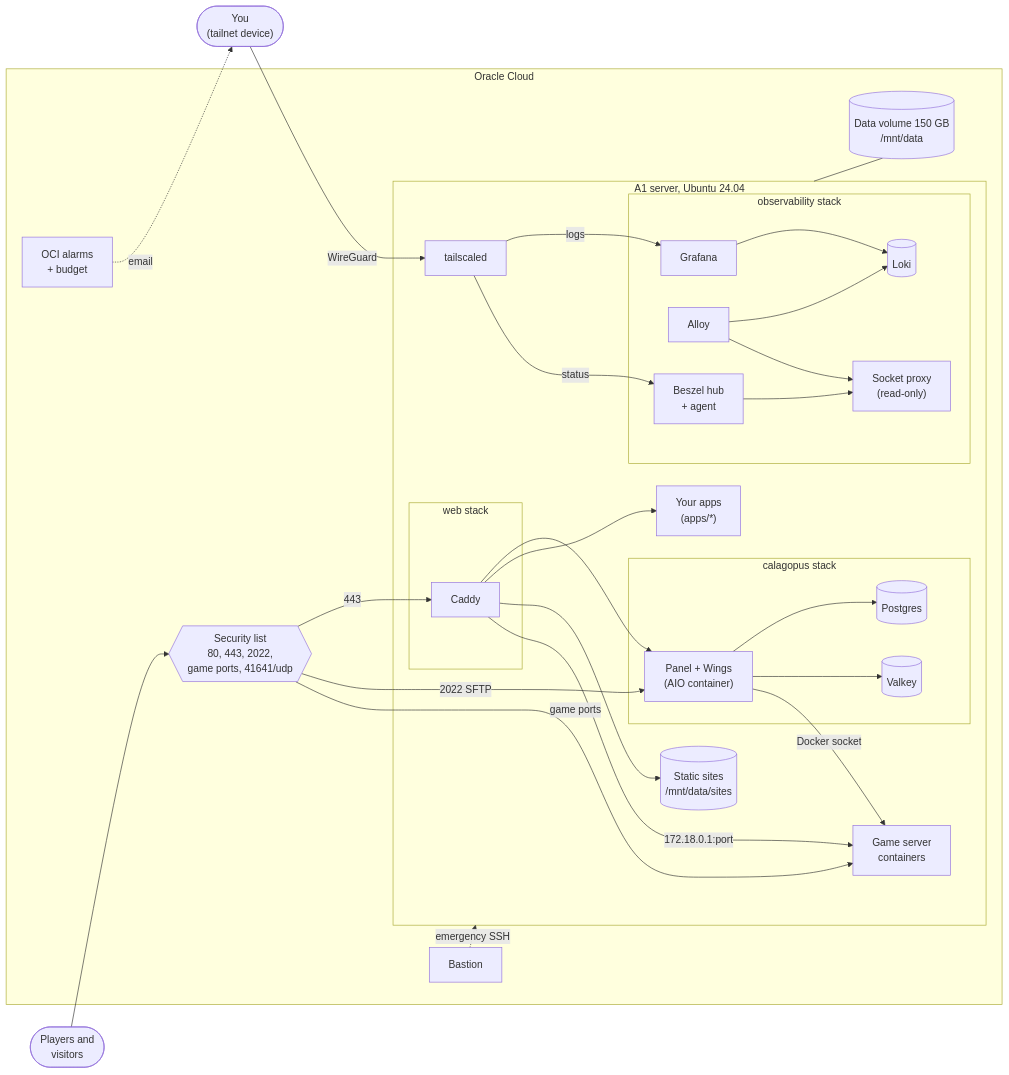
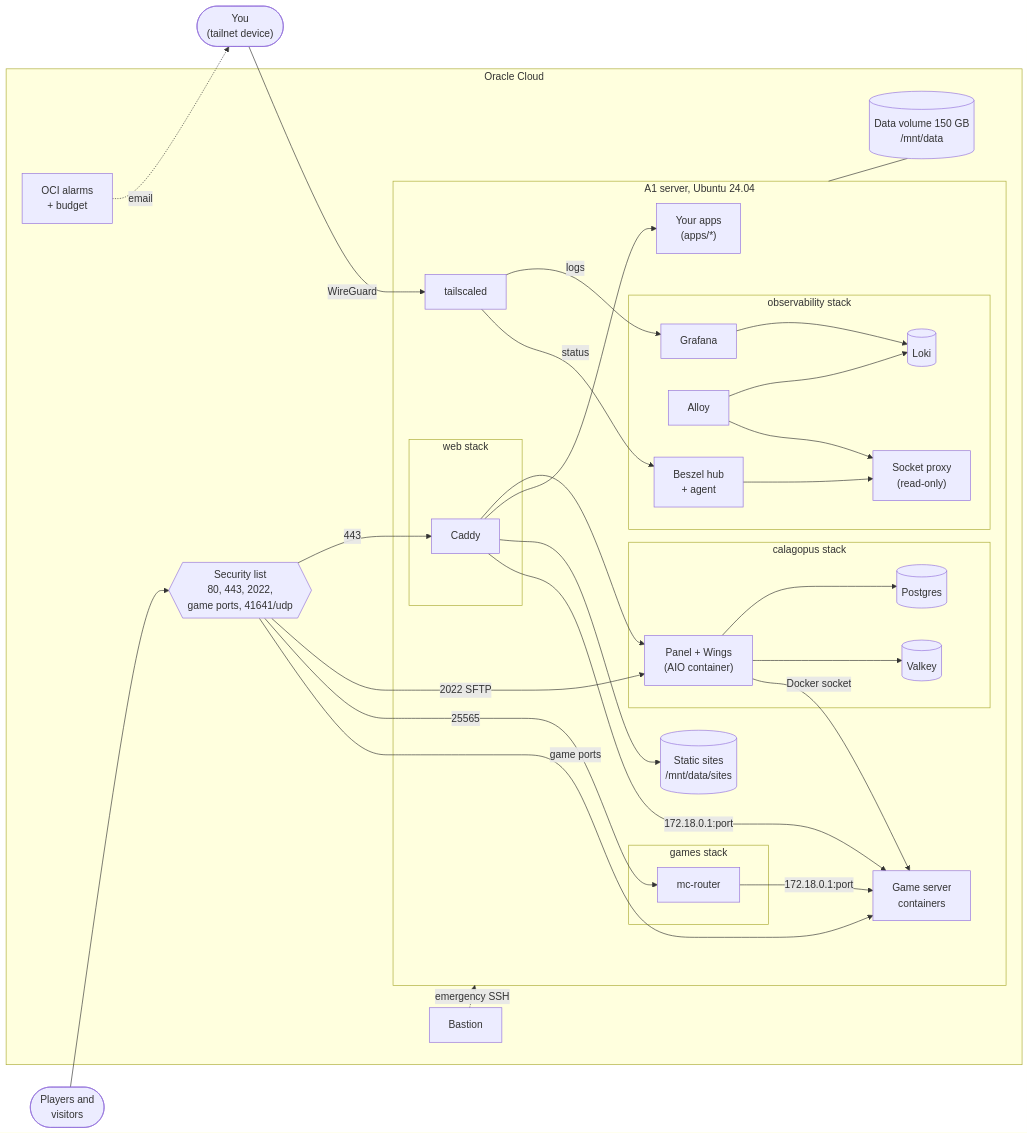
The first of 6 diagrams in docs/GUIDE.md (T3sT3ro/oracle-game-server-template), drawn with Mermaid before and after one commit. The commit also changed other lines of this file and 15 other files, not shown here.

````diff
--- a/docs/GUIDE.md
+++ b/docs/GUIDE.md
@@ -64,55 +64,60 @@
 ```mermaid
 flowchart LR
   public(["Players and<br/>visitors"])
   you(["You<br/>(tailnet device)"])
 
   subgraph oci["Oracle Cloud"]
     seclist{{"Security list<br/>80, 443, 2022,<br/>game ports, 41641/udp"}}
     subgraph vm["A1 server, Ubuntu 24.04"]
       subgraph webstack["web stack"]
         caddy["Caddy"]
       end
       subgraph calstack["calagopus stack"]
         panel["Panel + Wings<br/>(AIO container)"]
         db[("Postgres")]
         cache[("Valkey")]
+      end
+      subgraph gamesstack["games stack"]
+        router["mc-router"]
       end
       games["Game server<br/>containers"]
       subgraph obsstack["observability stack"]
         grafana["Grafana"]
         loki[("Loki")]
         alloy["Alloy"]
         beszel["Beszel hub<br/>+ agent"]
         proxy["Socket proxy<br/>(read-only)"]
       end
       apps["Your apps<br/>(apps/*)"]
       blog[("Static sites<br/>/mnt/data/sites")]
       ts["tailscaled"]
     end
     disk[("Data volume 150 GB<br/>/mnt/data")]
     alarms["OCI alarms<br/>+ budget"]
     bastion["Bastion"]
   end
 
   public --> seclist
   seclist -- "443" --> caddy
   seclist -- "2022 SFTP" --> panel
+  seclist -- "25565" --> router
   seclist -- "game ports" --> games
+  router -- "172.18.0.1:port" --> games
   caddy --> panel
   caddy --> apps
   caddy --> blog
   caddy -- "172.18.0.1:port" --> games
   panel --> db
   panel --> cache
   panel -- "Docker socket" --> games
   you -- "WireGuard" --> ts
   ts -- "logs" --> grafana
   ts -- "status" --> beszel
   alloy --> loki
   grafana --> loki
   alloy --> proxy
   beszel --> proxy
   vm --- disk
   alarms -. "email" .-> you
   bastion -. "emergency SSH" .-> vm
 ```
````
